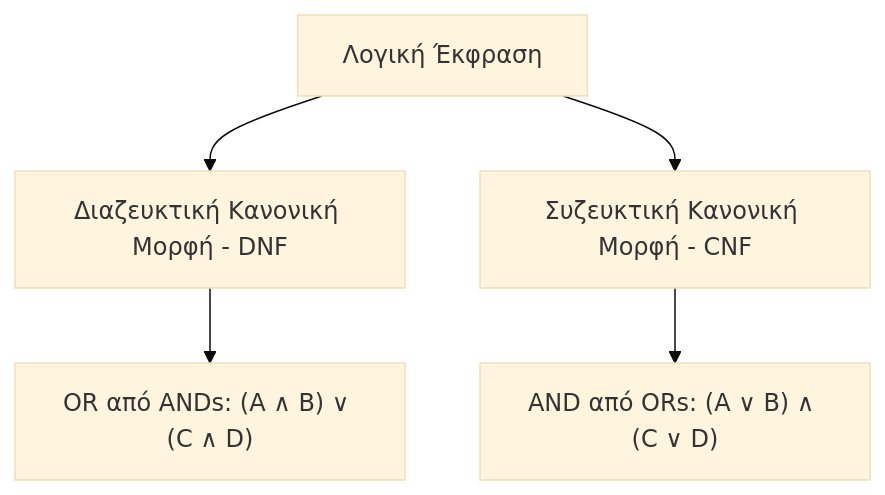
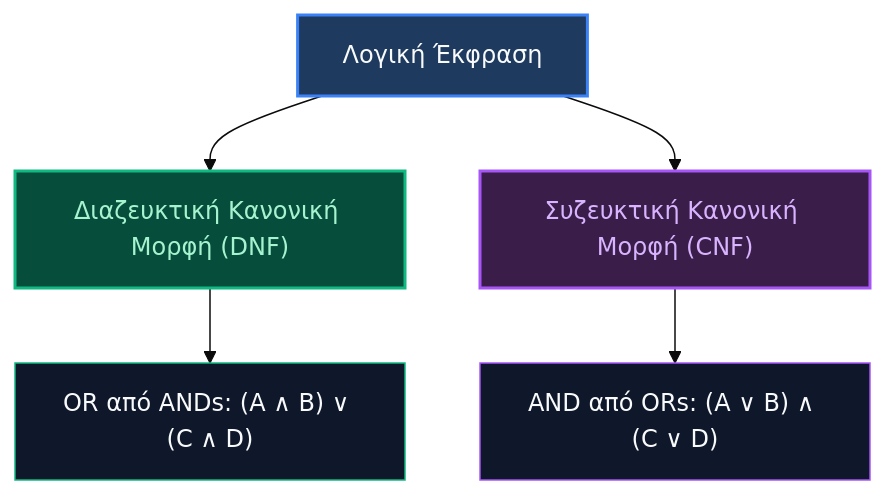
One commit to PanagopoulosNikolaos/DitOpenNotes changed the fifth of 5 diagrams in Year_1/Semester_2/DISCRETE_MATHEMATICS/Resources/Notes/05_propositional_logic.md. Above: the diagram before and after it, drawn with Mermaid (base theme). The commit also changed other lines of this file and 6 other files, not shown here.

````diff
--- a/Year_1/Semester_2/DISCRETE_MATHEMATICS/Resources/Notes/05_propositional_logic.md
+++ b/Year_1/Semester_2/DISCRETE_MATHEMATICS/Resources/Notes/05_propositional_logic.md
@@ -311,7 +345,13 @@
 ```mermaid
 graph TD
-    A[Λογική Έκφραση] --> B[Διαζευκτική Κανονική Μορφή - DNF]
-    A --> C[Συζευκτική Κανονική Μορφή - CNF]
+    A["Λογική Έκφραση"] --> B["Διαζευκτική Κανονική Μορφή (DNF)"]
+    A --> C["Συζευκτική Κανονική Μορφή (CNF)"]
     B --> D["OR από ANDs: (A ∧ B) ∨ (C ∧ D)"]
     C --> E["AND από ORs: (A ∨ B) ∧ (C ∨ D)"]
+
+    style A fill:#1e3a5f,stroke:#3b82f6,stroke-width:2px,color:#f8fafc
+    style B fill:#064e3b,stroke:#10b981,stroke-width:2px,color:#a7f3d0
+    style C fill:#3b1d4a,stroke:#a855f7,stroke-width:2px,color:#d8b4fe
+    style D fill:#0f172a,stroke:#10b981,stroke-width:1px,color:#f8fafc
+    style E fill:#0f172a,stroke:#a855f7,stroke-width:1px,color:#f8fafc
 ```
````
